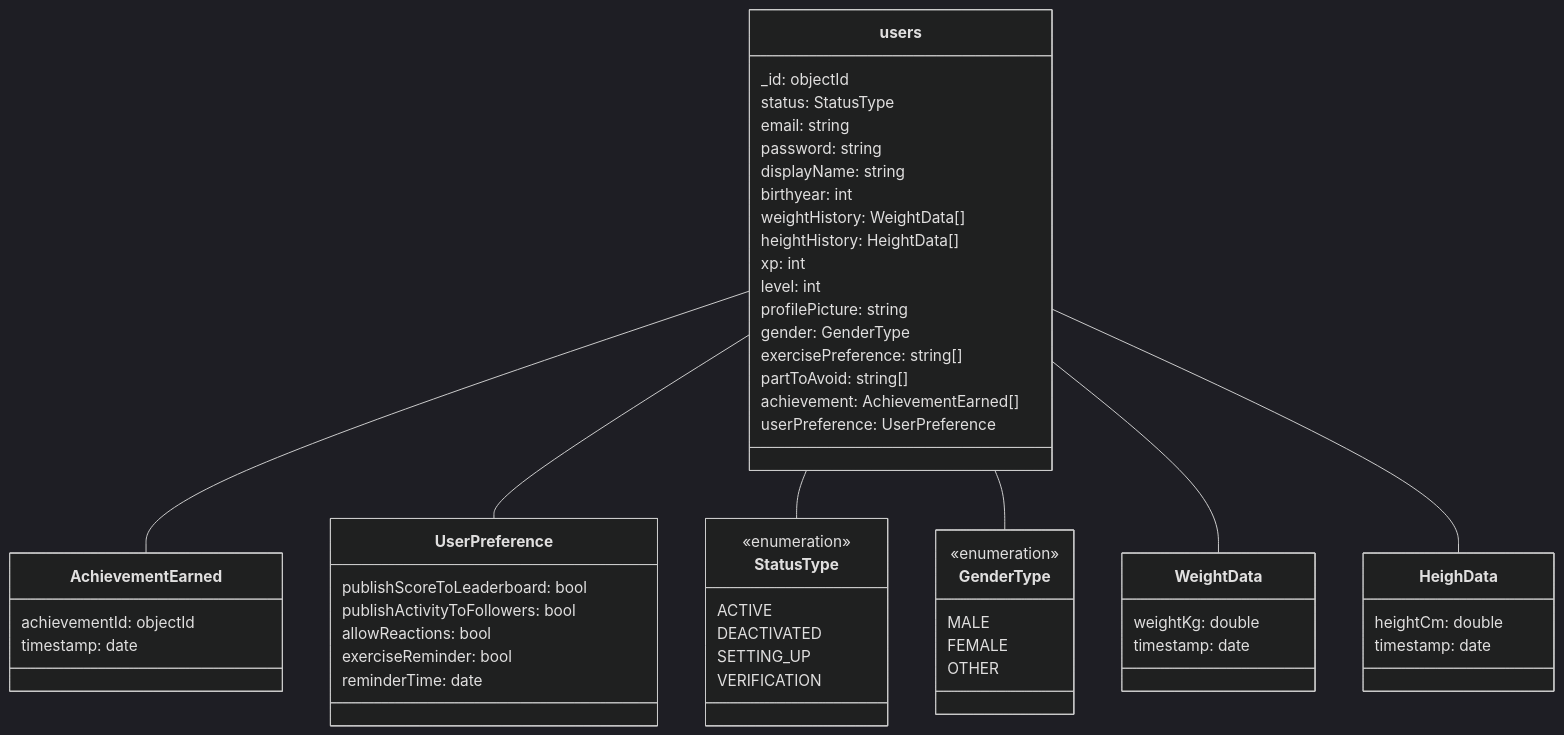
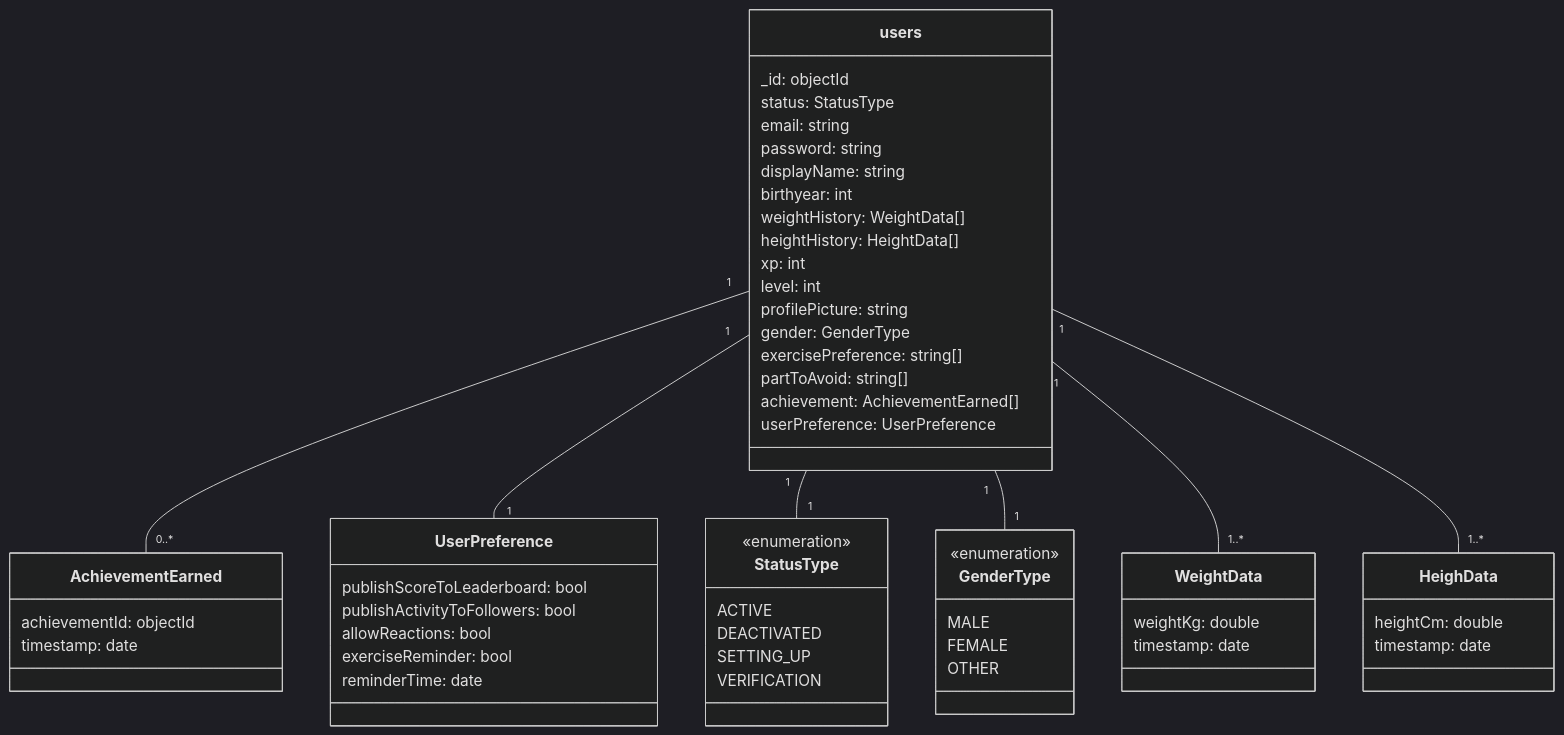
One commit to fitness-coaching-app/system-diagrams changed the diagram in diagrams/database/users.md. Above: the diagram before and after it, drawn with Mermaid (dark theme). The commit also changed 2 other files, not shown here.

Commit message:
Add cardinality to diagram

````diff
--- a/diagrams/database/users.md
+++ b/diagrams/database/users.md
@@ -1,71 +1,71 @@
 ```mermaid
 %%{init: {
     "fontFamily": "Helvetica"
 }
 }%%
 classDiagram
-    users -- AchievementEarned
-    users -- UserPreference
-    users -- StatusType
-    users -- GenderType
-    users -- WeightData
-    users -- HeighData
+    users "1" -- "0..*" AchievementEarned
+    users "1" -- "1" UserPreference
+    users "1" -- "1" StatusType
+    users "1" -- "1" GenderType
+    users "1" -- "1..*" WeightData
+    users "1" -- "1..*" HeighData
 
     class users{
         _id: objectId
         status: StatusType
         email: string
         password: string
         displayName: string
         birthyear: int
         weightHistory: WeightData[]
         heightHistory: HeightData[]
         xp: int
         level: int
         profilePicture: string
         gender: GenderType
         exercisePreference: string[]
         partToAvoid: string[]
         achievement: AchievementEarned[]
         userPreference: UserPreference
     }
 
     class AchievementEarned{
         achievementId: objectId
         timestamp: date
     }
 
     class UserPreference{
         publishScoreToLeaderboard: bool
         publishActivityToFollowers: bool
         allowReactions: bool
         exerciseReminder: bool
         reminderTime: date
     }
 
     class StatusType{
         <<enumeration>>
         ACTIVE
         DEACTIVATED
         SETTING_UP
         VERIFICATION
     }
 
     class GenderType{
         <<enumeration>>
         MALE
         FEMALE
         OTHER
     }
 
     class WeightData{
         weightKg: double
         timestamp: date
     }
 
     class HeighData{
         heightCm: double
         timestamp: date
     }
  
 ```
````
